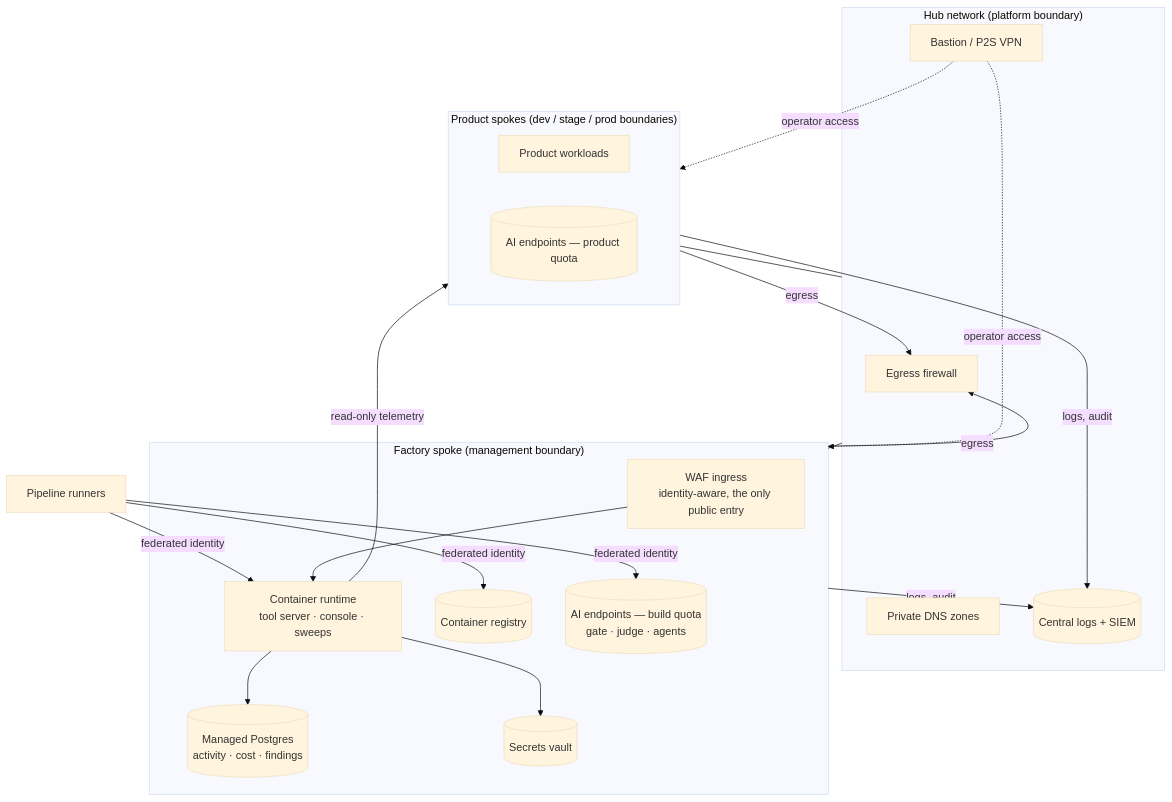
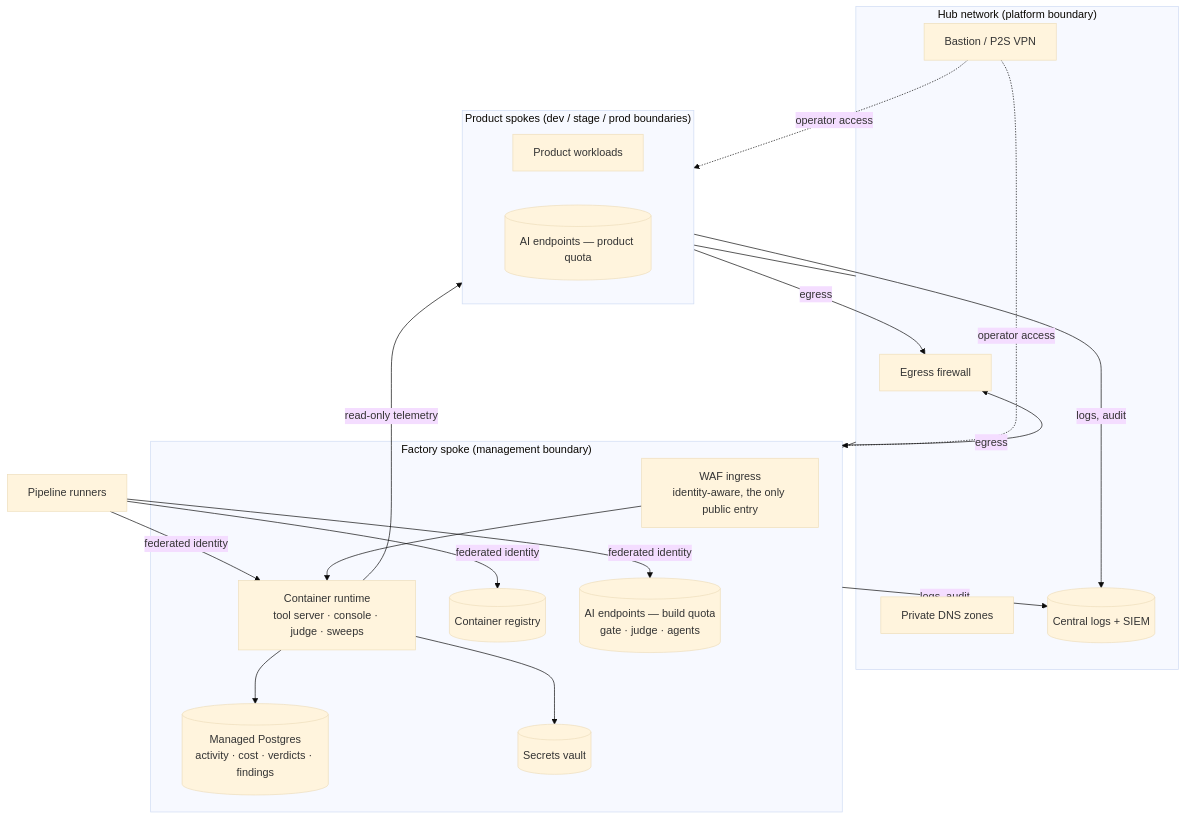
Before and after one commit to savvaniss/compounding-model: the diagram in architecture/factory-infrastructure.md, drawn with Mermaid (base theme). The commit also changed other lines of this file and 21 other files, not shown here.

````diff
--- a/architecture/factory-infrastructure.md
+++ b/architecture/factory-infrastructure.md
@@ -12,30 +12,30 @@
 ```mermaid
 flowchart TB
   subgraph HUB["Hub network (platform boundary)"]
     FW[Egress firewall]
     DNS[Private DNS zones]
     BAS[Bastion / P2S VPN]
     LAW[(Central logs + SIEM)]
   end
   subgraph FSPOKE["Factory spoke (management boundary)"]
     ING[WAF ingress<br/>identity-aware, the only public entry]
-    RT[Container runtime<br/>tool server · console · sweeps]
-    FDB[(Managed Postgres<br/>activity · cost · findings)]
+    RT[Container runtime<br/>tool server · console · judge · sweeps]
+    FDB[(Managed Postgres<br/>activity · cost · verdicts · findings)]
     KV[(Secrets vault)]
     ACR[(Container registry)]
     AIF[(AI endpoints — build quota<br/>gate · judge · agents)]
   end
   subgraph PSPOKE["Product spokes (dev / stage / prod boundaries)"]
     APP[Product workloads]
     PAI[(AI endpoints — product quota)]
   end
   CI[Pipeline runners] -->|federated identity| RT & AIF & ACR
   ING --> RT --> FDB
   RT --> KV
   RT -->|read-only telemetry| PSPOKE
   HUB --- FSPOKE
   HUB --- PSPOKE
   FSPOKE & PSPOKE -->|logs, audit| LAW
   FSPOKE & PSPOKE -->|egress| FW
   BAS -.->|operator access| FSPOKE & PSPOKE
 ```
````
